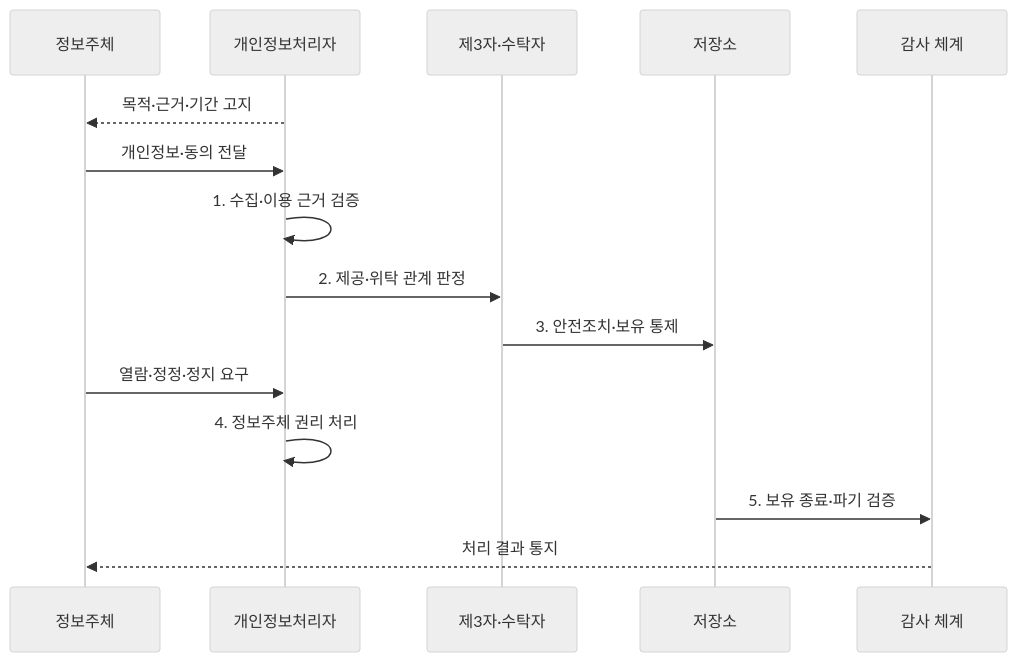
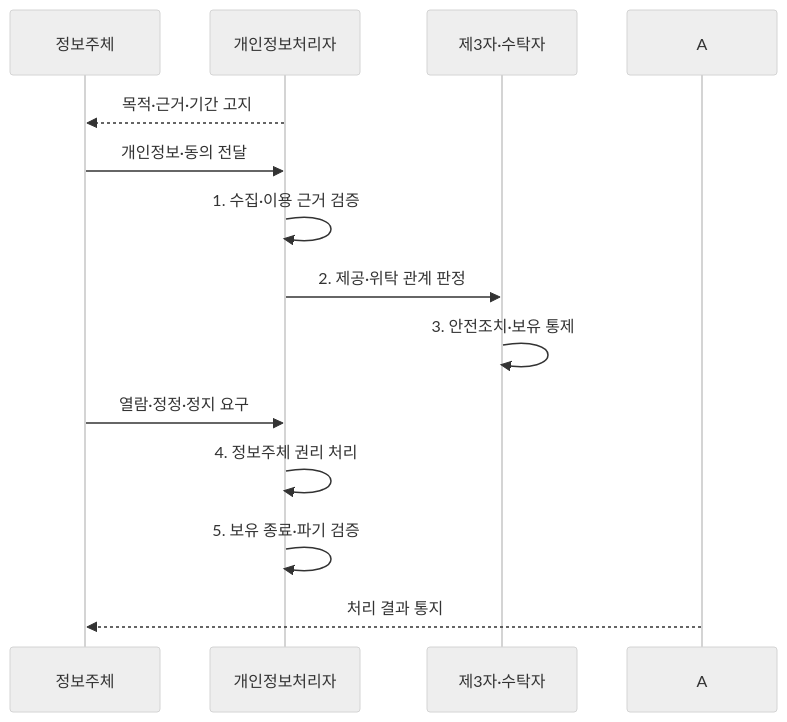
One commit to agnusdei1207/knowledge-base changed the second of 2 diagrams in src/content/docs/notes/05-security/094_personal_data_protection_act.md. Above: the diagram before and after it, drawn with Mermaid (neutral theme). The commit also changed 9 other files, not shown here.

Commit message:
Streamline privacy governance sequences

````diff
--- a/src/content/docs/notes/05-security/094_personal_data_protection_act.md
+++ b/src/content/docs/notes/05-security/094_personal_data_protection_act.md
@@ -98,17 +98,15 @@
 ```mermaid
 sequenceDiagram
     participant S as 정보주체
     participant C as 개인정보처리자
     participant T as 제3자·수탁자
-    participant D as 저장소
-    participant A as 감사 체계
     C-->>S: 목적·근거·기간 고지
     S->>C: 개인정보·동의 전달
     C->>C: 1. 수집·이용 근거 검증
     C->>T: 2. 제공·위탁 관계 판정
-    T->>D: 3. 안전조치·보유 통제
+    T->>T: 3. 안전조치·보유 통제
     S->>C: 열람·정정·정지 요구
     C->>C: 4. 정보주체 권리 처리
-    D->>A: 5. 보유 종료·파기 검증
+    C->>C: 5. 보유 종료·파기 검증
     A-->>S: 처리 결과 통지
 ```
````
